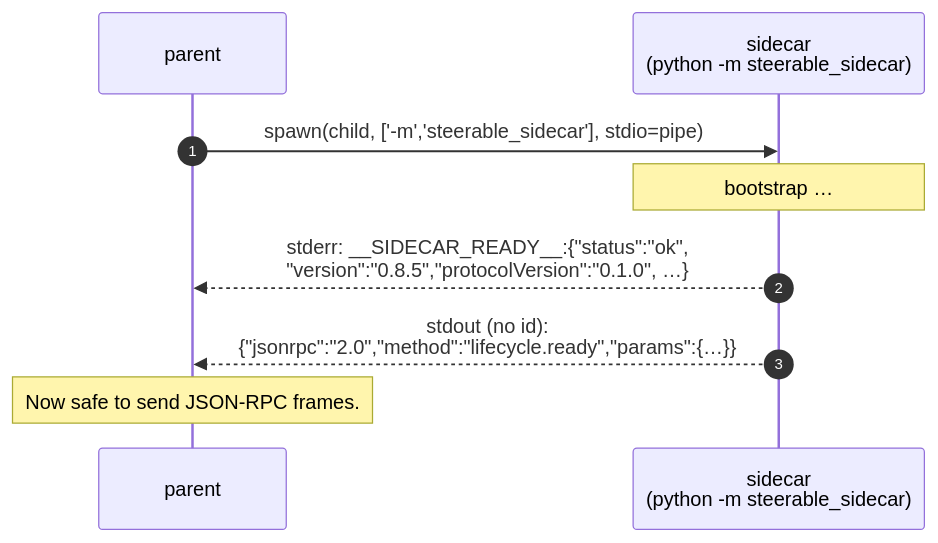
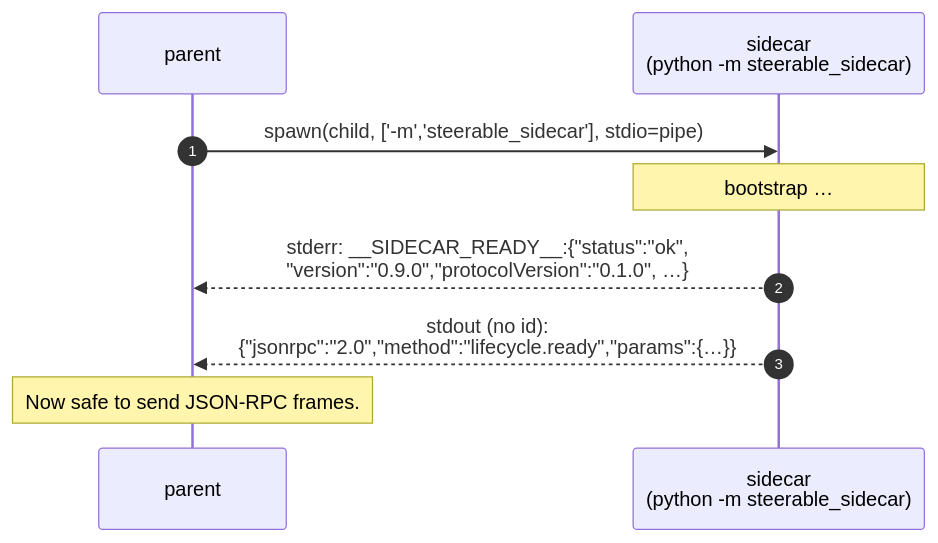
Before and after one commit to pathlyapp/steerable: the diagram in docs/spec/sidecar.md, drawn with Mermaid. The commit also changed other lines of this file and 20 other files, not shown here.

````diff
--- a/docs/spec/sidecar.md
+++ b/docs/spec/sidecar.md
@@ -17,12 +17,12 @@
 ```mermaid
 sequenceDiagram
     autonumber
     participant P as parent
     participant S as sidecar<br/>(python -m steerable_sidecar)
 
     P->>S: spawn(child, ['-m','steerable_sidecar'], stdio=pipe)
     Note over S: bootstrap …
-    S-->>P: stderr: __SIDECAR_READY__:{"status":"ok",<br/>"version":"0.8.5","protocolVersion":"0.1.0", …}
+    S-->>P: stderr: __SIDECAR_READY__:{"status":"ok",<br/>"version":"0.9.0","protocolVersion":"0.1.0", …}
     S-->>P: stdout (no id):<br/>{"jsonrpc":"2.0","method":"lifecycle.ready","params":{…}}
     Note over P: Now safe to send JSON-RPC frames.
 ```
````
